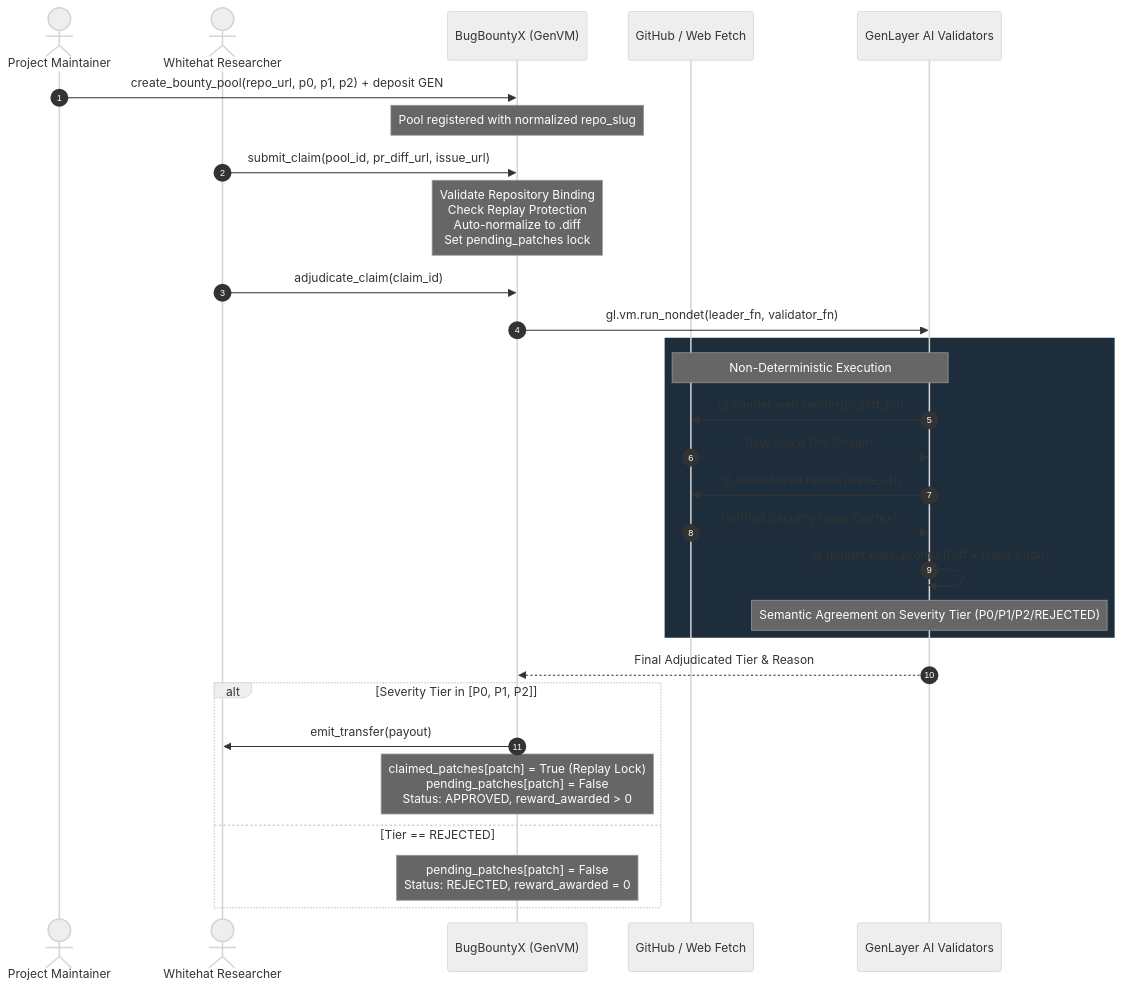
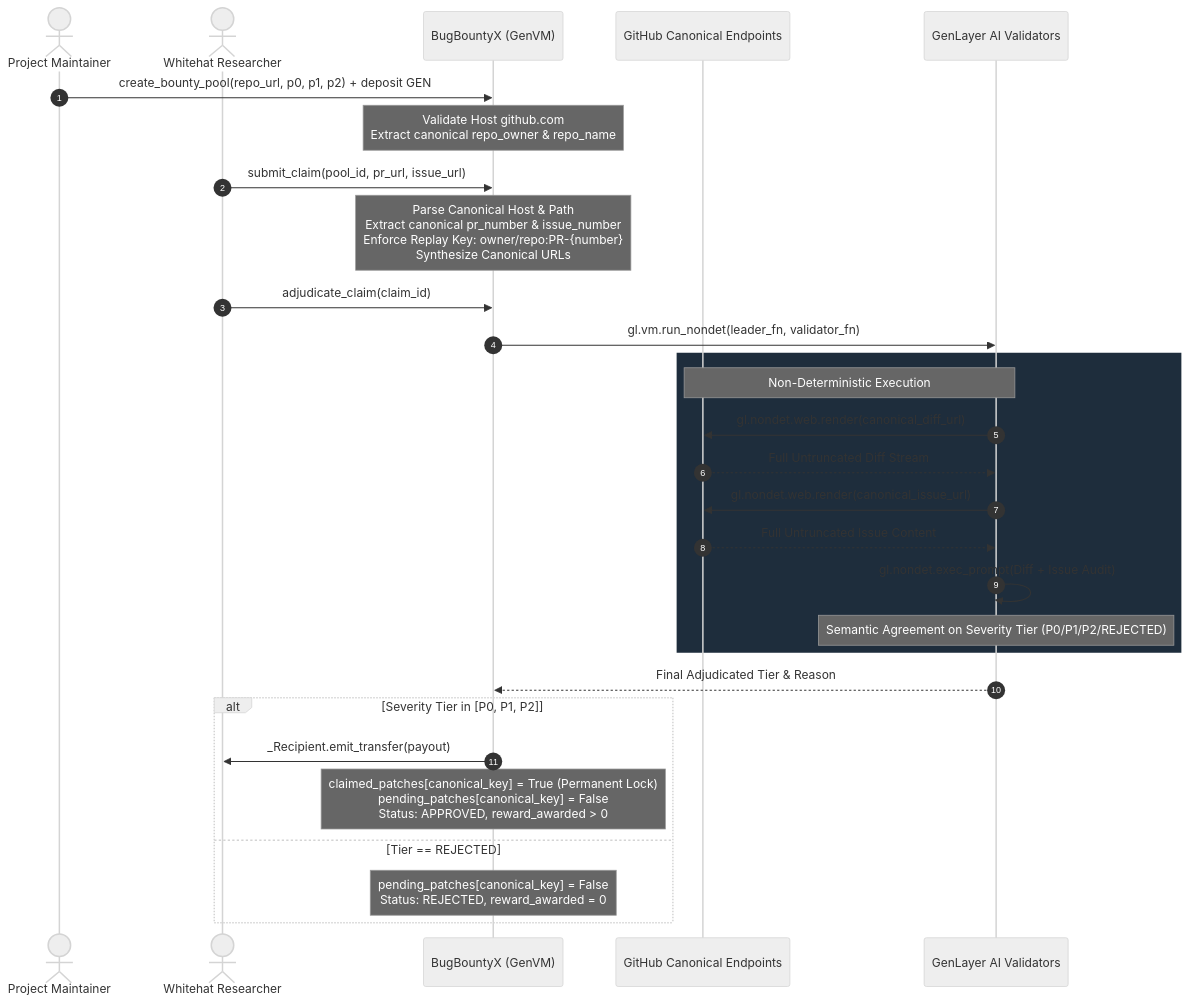
The diagram in README.md (tuannguyenvan95/bug-bounty-x), drawn with Mermaid (neutral theme) before and after one commit. The commit also changed other lines of this file and 3 other files, not shown here.

Commit message:
feat(security): enforce canonical host validation, canonical PR identity, and alias-immune replay protection

````diff
--- a/README.md
+++ b/README.md
@@ -116,37 +135,37 @@
 ```mermaid
 sequenceDiagram
     autonumber
     actor Team as Project Maintainer
     actor Hacker as Whitehat Researcher
     participant Contract as BugBountyX (GenVM)
-    participant Web as GitHub / Web Fetch
+    participant Web as GitHub Canonical Endpoints
     participant Consensus as GenLayer AI Validators
 
     Team->>Contract: create_bounty_pool(repo_url, p0, p1, p2) + deposit GEN
-    Note over Contract: Pool registered with normalized repo_slug
+    Note over Contract: Validate Host github.com<br/>Extract canonical repo_owner & repo_name
 
-    Hacker->>Contract: submit_claim(pool_id, pr_diff_url, issue_url)
-    Note over Contract: Validate Repository Binding<br/>Check Replay Protection<br/>Auto-normalize to .diff<br/>Set pending_patches lock
+    Hacker->>Contract: submit_claim(pool_id, pr_url, issue_url)
+    Note over Contract: Parse Canonical Host & Path<br/>Extract canonical pr_number & issue_number<br/>Enforce Replay Key: owner/repo:PR-{number}<br/>Synthesize Canonical URLs
 
     Hacker->>Contract: adjudicate_claim(claim_id)
     Contract->>Consensus: gl.vm.run_nondet(leader_fn, validator_fn)
     
     rect rgb(30, 45, 60)
         Note over Consensus,Web: Non-Deterministic Execution
-        Consensus->>Web: gl.nondet.web.render(pr_diff_url)
-        Web-->>Consensus: Raw Patch Diff Stream
-        Consensus->>Web: gl.nondet.web.render(issue_url)
-        Web-->>Consensus: Verified Security Issue Context
+        Consensus->>Web: gl.nondet.web.render(canonical_diff_url)
+        Web-->>Consensus: Full Untruncated Diff Stream
+        Consensus->>Web: gl.nondet.web.render(canonical_issue_url)
+        Web-->>Consensus: Full Untruncated Issue Content
         Consensus->>Consensus: gl.nondet.exec_prompt(Diff + Issue Audit)
         Note over Consensus: Semantic Agreement on Severity Tier (P0/P1/P2/REJECTED)
     end
 
     Consensus-->>Contract: Final Adjudicated Tier & Reason
     
     alt Severity Tier in [P0, P1, P2]
-        Contract->>Hacker: emit_transfer(payout)
-        Note over Contract: claimed_patches[patch] = True (Replay Lock)<br/>pending_patches[patch] = False<br/>Status: APPROVED, reward_awarded > 0
+        Contract->>Hacker: _Recipient.emit_transfer(payout)
+        Note over Contract: claimed_patches[canonical_key] = True (Permanent Lock)<br/>pending_patches[canonical_key] = False<br/>Status: APPROVED, reward_awarded > 0
     else Tier == REJECTED
-        Note over Contract: pending_patches[patch] = False<br/>Status: REJECTED, reward_awarded = 0
+        Note over Contract: pending_patches[canonical_key] = False<br/>Status: REJECTED, reward_awarded = 0
     end
 ```
````
